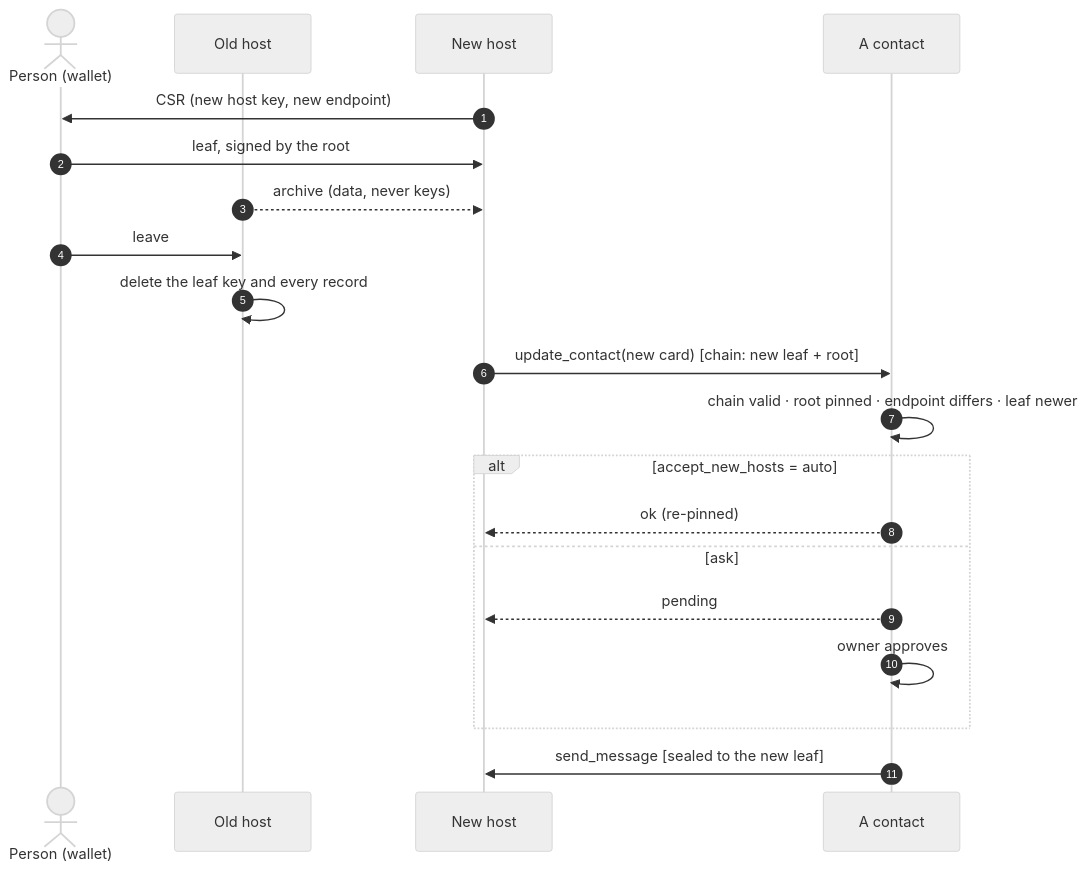
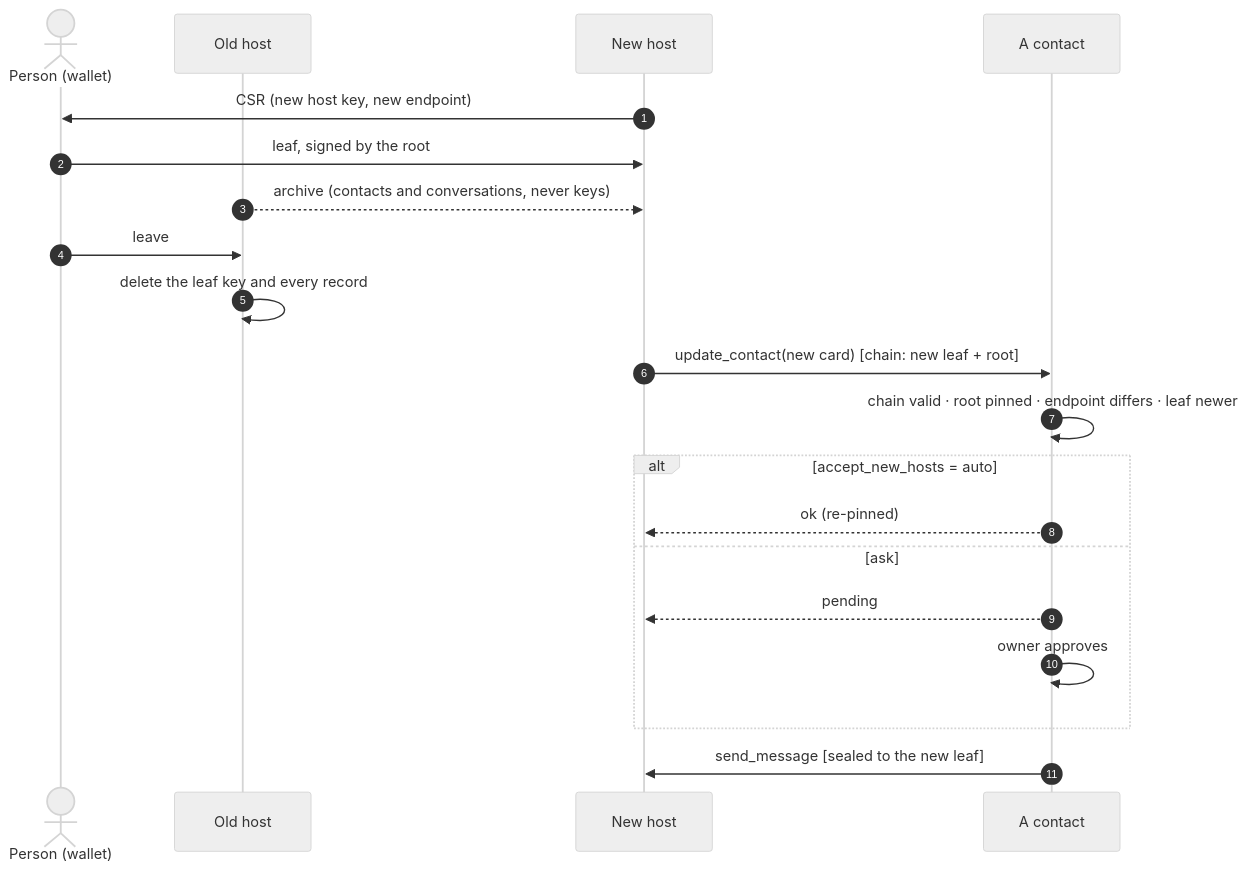
One commit to humandelegatedtrustprotocol/hdtp-spec changed the eighth of 9 diagrams in SPEC.md. Above: the diagram before and after it, drawn with Mermaid (neutral theme). The commit also changed other lines of this file, not shown here.

First line of the commit message:
§9: what moves between hosts is a person's contacts and conversations, and nothing of the host's

````diff
--- a/SPEC.md
+++ b/SPEC.md
@@ -451,22 +451,22 @@
 ```mermaid
 sequenceDiagram
     autonumber
     actor P as Person (wallet)
     participant O as Old host
     participant N as New host
     participant C as A contact
     N->>P: CSR (new host key, new endpoint)
     P->>N: leaf, signed by the root
-    O-->>N: archive (data, never keys)
+    O-->>N: archive (contacts and conversations, never keys)
     P->>O: leave
     O->>O: delete the leaf key and every record
     N->>C: update_contact(new card)  [chain: new leaf + root]
     C->>C: chain valid · root pinned · endpoint differs · leaf newer
     alt accept_new_hosts = auto
         C-->>N: ok (re-pinned)
     else ask
         C-->>N: pending
         C->>C: owner approves
     end
     C->>N: send_message  [sealed to the new leaf]
 ```
````
